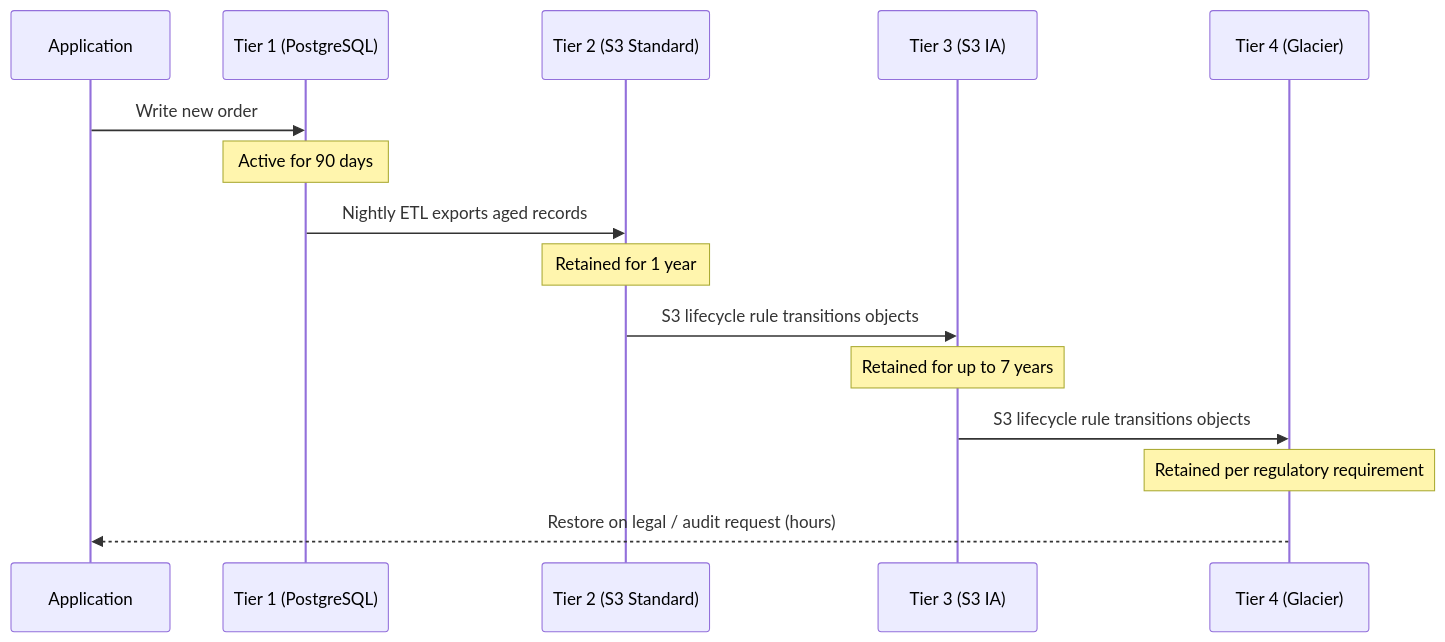
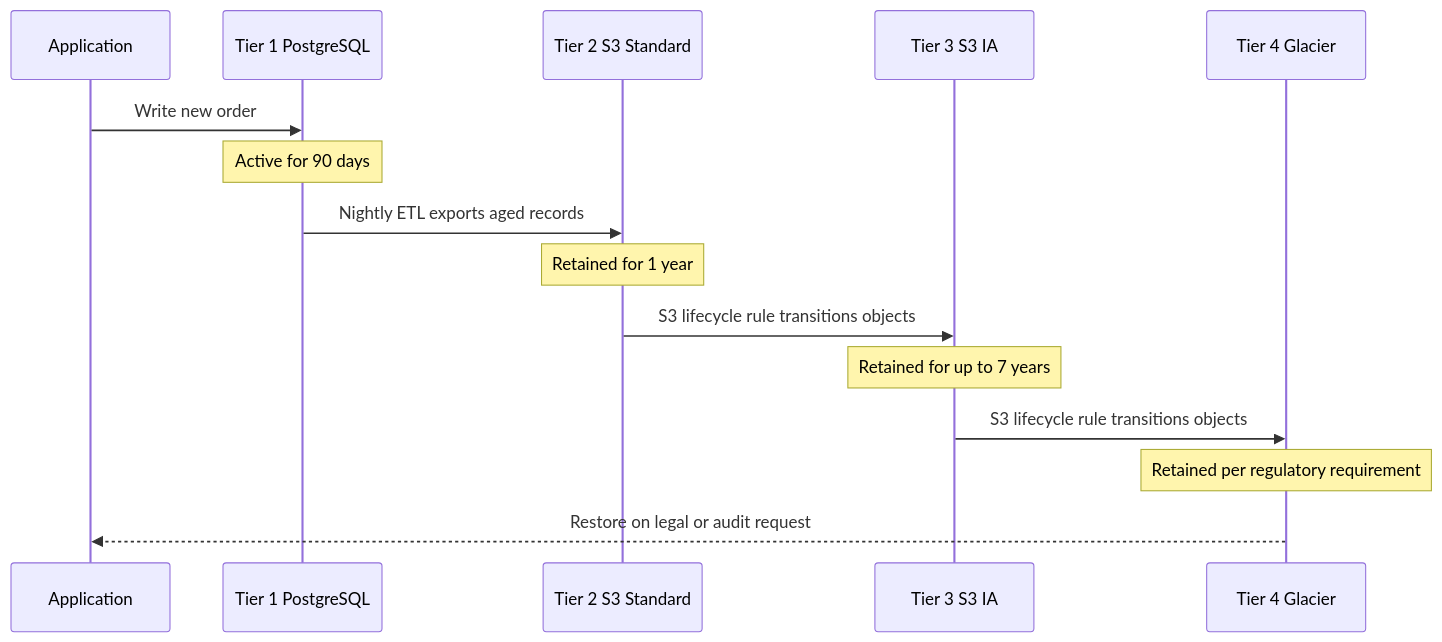
One commit to rtacconi/business-impact-analysis changed the second of 2 diagrams in 02-storage-tiering-and-capacity-visibility/tiering-model.md. Above: the diagram before and after it, drawn with Mermaid. The commit also changed other lines of this file, not shown here.

First line of the commit message:
Fix Mermaid rendering on GitHub for tiering-model

````diff
--- a/02-storage-tiering-and-capacity-visibility/tiering-model.md
+++ b/02-storage-tiering-and-capacity-visibility/tiering-model.md
@@ -83,18 +83,18 @@
 ```mermaid
 sequenceDiagram
     participant App as Application
-    participant Hot as Tier 1 (PostgreSQL)
-    participant Warm as Tier 2 (S3 Standard)
-    participant Cold as Tier 3 (S3 IA)
-    participant Archive as Tier 4 (Glacier)
+    participant Hot as Tier 1 PostgreSQL
+    participant Warm as Tier 2 S3 Standard
+    participant Cold as Tier 3 S3 IA
+    participant Archive as Tier 4 Glacier
 
     App->>Hot: Write new order
     Note over Hot: Active for 90 days
     Hot->>Warm: Nightly ETL exports aged records
     Note over Warm: Retained for 1 year
     Warm->>Cold: S3 lifecycle rule transitions objects
     Note over Cold: Retained for up to 7 years
     Cold->>Archive: S3 lifecycle rule transitions objects
     Note over Archive: Retained per regulatory requirement
-    Archive-->>App: Restore on legal / audit request (hours)
+    Archive-->>App: Restore on legal or audit request
 ```
````
